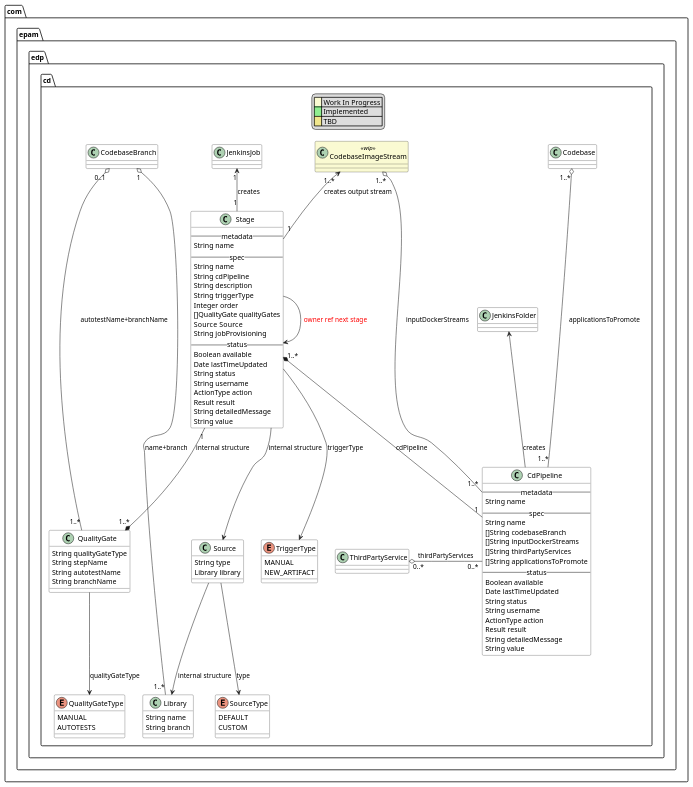
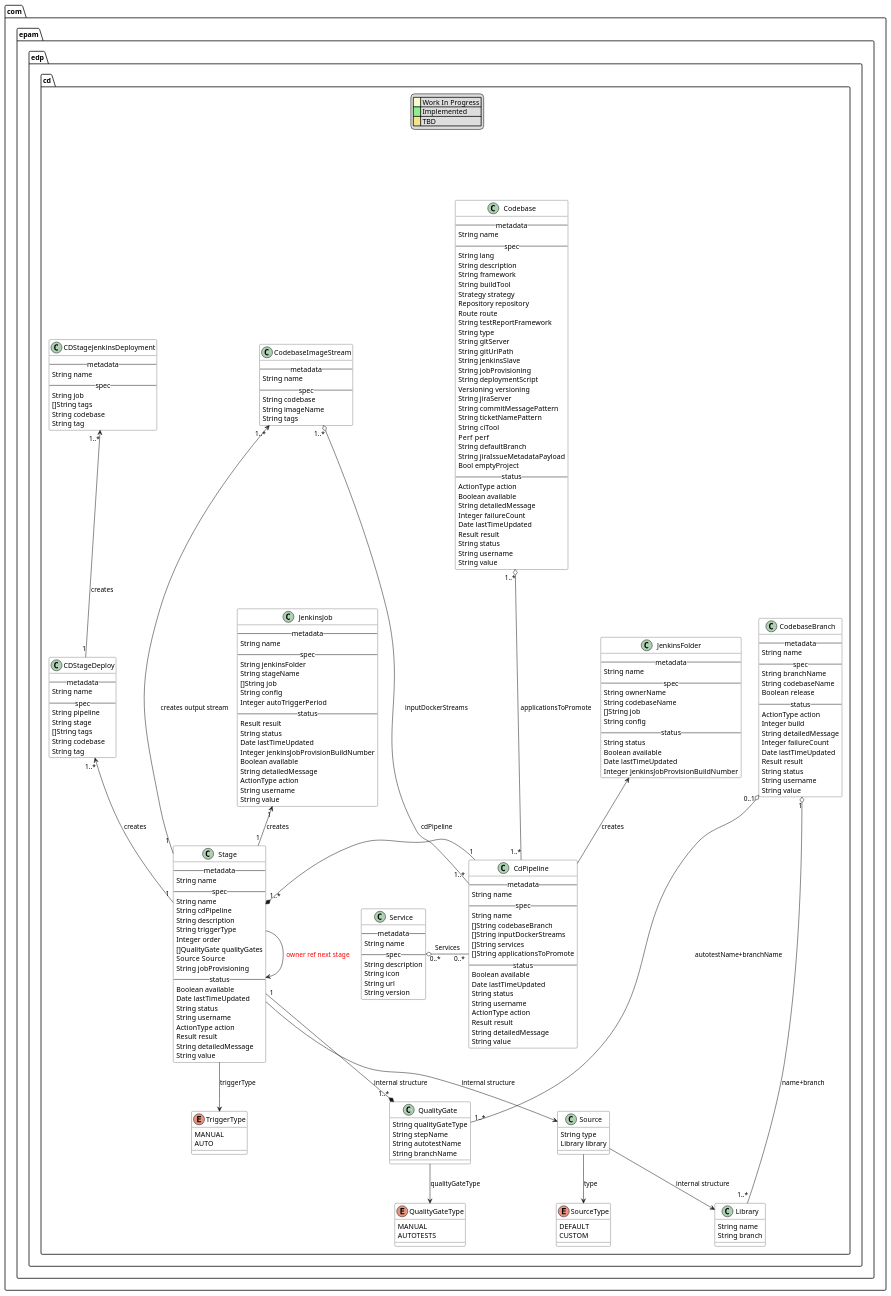
The diagram in documentation/puml/arch.puml (epam/edp-cd-pipeline-operator), drawn with PlantUML before and after one commit.

Commit message:
[EPMDEDP-6491]: Upgrade CD scheme in arch.puml

```diff
--- a/documentation/puml/arch.puml
+++ b/documentation/puml/arch.puml
@@ -14,7 +14,7 @@
         String name
         []String codebaseBranch
         []String inputDockerStreams
-        []String thirdPartyServices
+        []String services
         []String applicationsToPromote
     -- status --
         Boolean available
@@ -86,20 +86,154 @@
 
   enum TriggerType {
     MANUAL
-    NEW_ARTIFACT
+    AUTO
   }
   Stage --> TriggerType : triggerType
 
-class CodebaseImageStream <<wip>>
+  class Codebase {
+    -- metadata --
+        String name
+    -- spec --
+        String lang
+        String description
+        String framework
+        String buildTool
+        Strategy strategy
+        Repository repository
+        Route route
+        String testReportFramework
+        String type
+        String gitServer
+        String gitUrlPath
+        String jenkinsSlave
+        String jobProvisioning
+        String deploymentScript
+        Versioning versioning
+        String jiraServer
+        String commitMessagePattern
+        String ticketNamePattern
+        String ciTool
+        Perf  perf
+        String defaultBranch
+        String jiraIssueMetadataPayload
+        Bool emptyProject
+    -- status --
+        ActionType action
+        Boolean available
+        String detailedMessage
+        Integer failureCount
+        Date lastTimeUpdated
+        Result result
+        String status
+        String username
+        String value
+  }
+
+  class CodebaseBranch {
+    -- metadata --
+        String name
+    -- spec --
+        String branchName
+        String codebaseName
+        Boolean release
+    -- status --
+        ActionType action
+        Integer build
+        String detailedMessage
+        Integer failureCount
+        Date lastTimeUpdated
+        Result result
+        String status
+        String username
+        String value
+  }
+
+  class JenkinsFolder {
+    -- metadata --
+        String name
+    -- spec --
+        String ownerName
+        String codebaseName
+        []String job
+        String config
+    -- status --
+        String status
+        Boolean available
+        Date lastTimeUpdated
+        Integer jenkinsJobProvisionBuildNumber
+  }
+
+  class JenkinsJob {
+    -- metadata --
+        String name
+    -- spec --
+        String jenkinsFolder
+        String stageName
+        []String job
+        String config
+        Integer autoTriggerPeriod
+    -- status --
+        Result result
+        String status
+        Date lastTimeUpdated
+        Integer jenkinsJobProvisionBuildNumber
+        Boolean available
+        String detailedMessage
+        ActionType action
+        String username
+        String value
+  }
+
+  class Service {
+    -- metadata --
+        String name
+    -- spec --
+        String description
+        String icon
+        String url
+        String version
+  }
+
+  class CDStageDeploy {
+    -- metadata --
+        String name
+    -- spec --
+        String pipeline
+        String stage
+        []String tags
+        String codebase
+        String tag
+  }
+
+  class CDStageJenkinsDeployment {
+    -- metadata --
+        String name
+    -- spec --
+        String job
+        []String tags
+        String codebase
+        String tag
+  }
+
+class CodebaseImageStream {
+    -- metadata --
+        String name
+    -- spec --
+        String codebase
+        String imageName
+        String tags
+  }
 
 JenkinsFolder <-- CdPipeline : "creates"
-ThirdPartyService "0..*" o- "0..*" CdPipeline : thirdPartyServices
+Service "0..*" o- "0..*" CdPipeline : Services
 Codebase "1..*" o--- "1..*" CdPipeline : applicationsToPromote
 CodebaseImageStream "1..*" o--- "1..*" CdPipeline : inputDockerStreams
 CodebaseBranch "0..1" o--- "1..*" QualityGate : autotestName+branchName
 CodebaseBranch "1" o--- "1..*" Library : name+branch
 JenkinsJob "1" <-- "1" Stage : creates
 CodebaseImageStream "1..*" <-- "1" Stage : creates output stream
+CDStageDeploy "1..*" <-- "1" Stage : creates
+CDStageJenkinsDeployment "1..*" <-- "1" CDStageDeploy : creates
 
 legend
 |<back:LightGoldenRodYellow>    </back>| Work In Progress |
```
